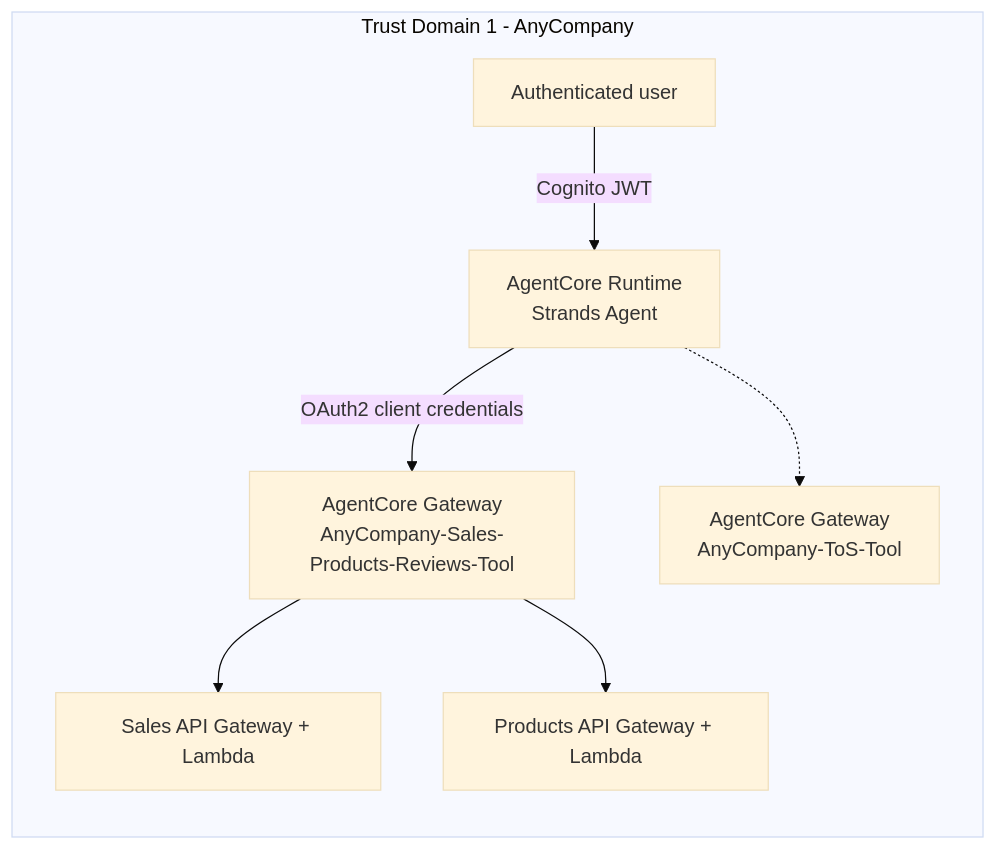
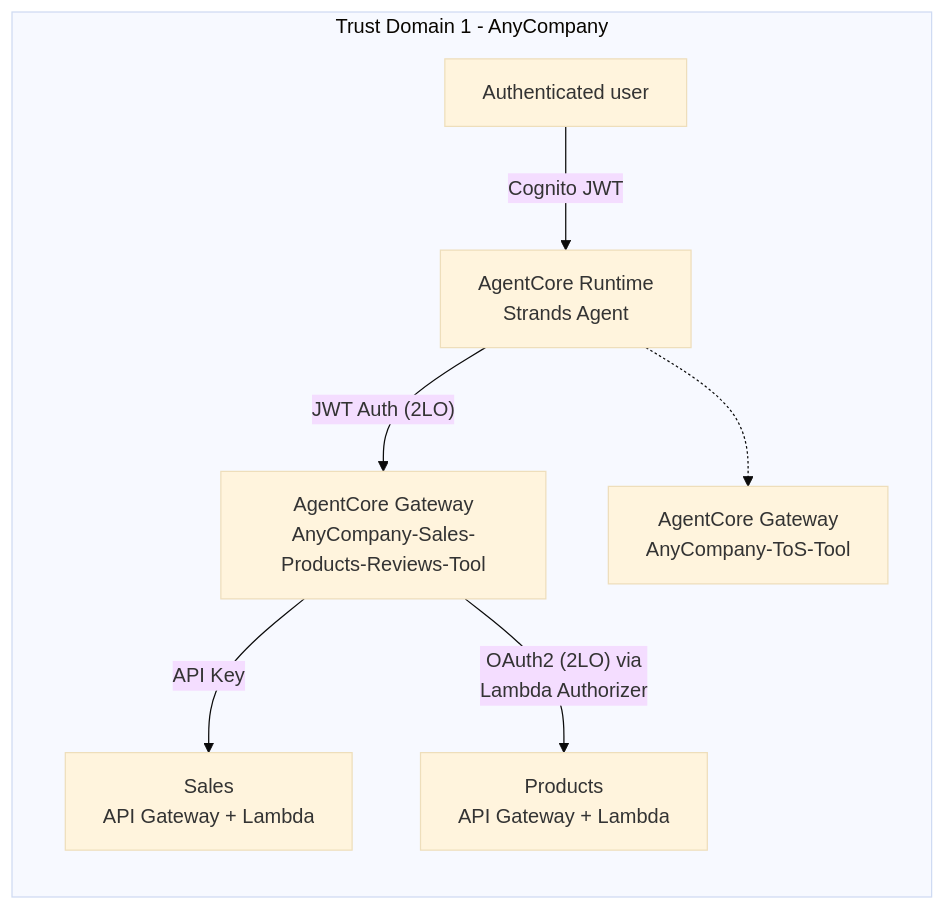
The diagram in docs/03b-activity3b-deploy-the-products-tool.md (KartikJaswal1111/agent_identity_management_on_aws), drawn with Mermaid (base theme) before and after one commit. The commit also changed other lines of this file and 24 other files, not shown here.

````diff
--- a/docs/03b-activity3b-deploy-the-products-tool.md
+++ b/docs/03b-activity3b-deploy-the-products-tool.md
@@ -8,11 +8,11 @@
 ```mermaid
 graph LR
     subgraph TD1["Trust Domain 1 - AnyCompany"]
         User["Authenticated user"] -->|Cognito JWT| Runtime["AgentCore Runtime<br/>Strands Agent"]
-        Runtime -->|OAuth2 client credentials| GW2["AgentCore Gateway<br/>AnyCompany-Sales-Products-Reviews-Tool"]
-        GW2 --> Sales["Sales API Gateway + Lambda"]
-        GW2 --> Products["Products API Gateway + Lambda"]
+        Runtime -->|"JWT Auth (2LO)"| GW2["AgentCore Gateway<br/>AnyCompany-Sales-Products-Reviews-Tool"]
+        GW2 -->|API Key| Sales["Sales<br/>API Gateway + Lambda"]
+        GW2 -->|"OAuth2 (2LO) via<br/>Lambda Authorizer"| Products["Products<br/>API Gateway + Lambda"]
         GW1["AgentCore Gateway<br/>AnyCompany-ToS-Tool"]
         Runtime -.-> GW1
     end
 ```
````
